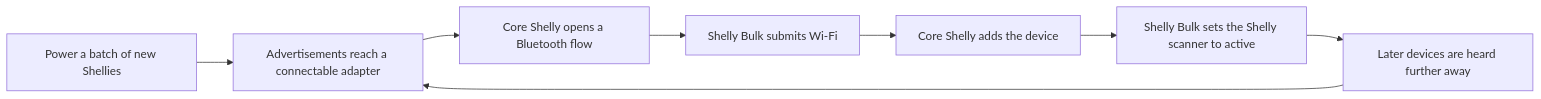
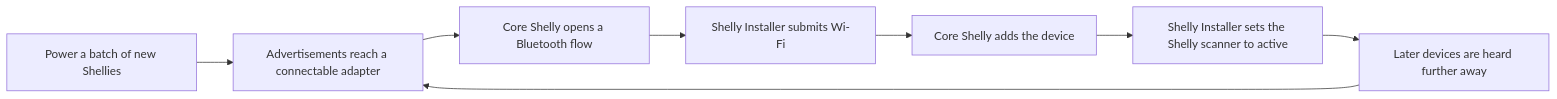
Before and after one commit to ianda-tech/shelly-hass: the diagram in README.md, drawn with Mermaid. The commit also changed other lines of this file and 21 other files, not shown here.

First line of the commit message:
Remove duplicate devices and show Shelly Installer (#10)

````diff
--- a/README.md
+++ b/README.md
@@ -55,12 +55,12 @@
 ```mermaid
 flowchart LR
   batch[Power a batch of new Shellies]
   hear[Advertisements reach a connectable adapter]
   flow[Core Shelly opens a Bluetooth flow]
-  submit[Shelly Bulk submits Wi-Fi]
+  submit[Shelly Installer submits Wi-Fi]
   added[Core Shelly adds the device]
-  scan[Shelly Bulk sets the Shelly scanner to active]
+  scan[Shelly Installer sets the Shelly scanner to active]
   next[Later devices are heard further away]
   batch --> hear --> flow --> submit --> added --> scan --> next
   next --> hear
 ```
````
